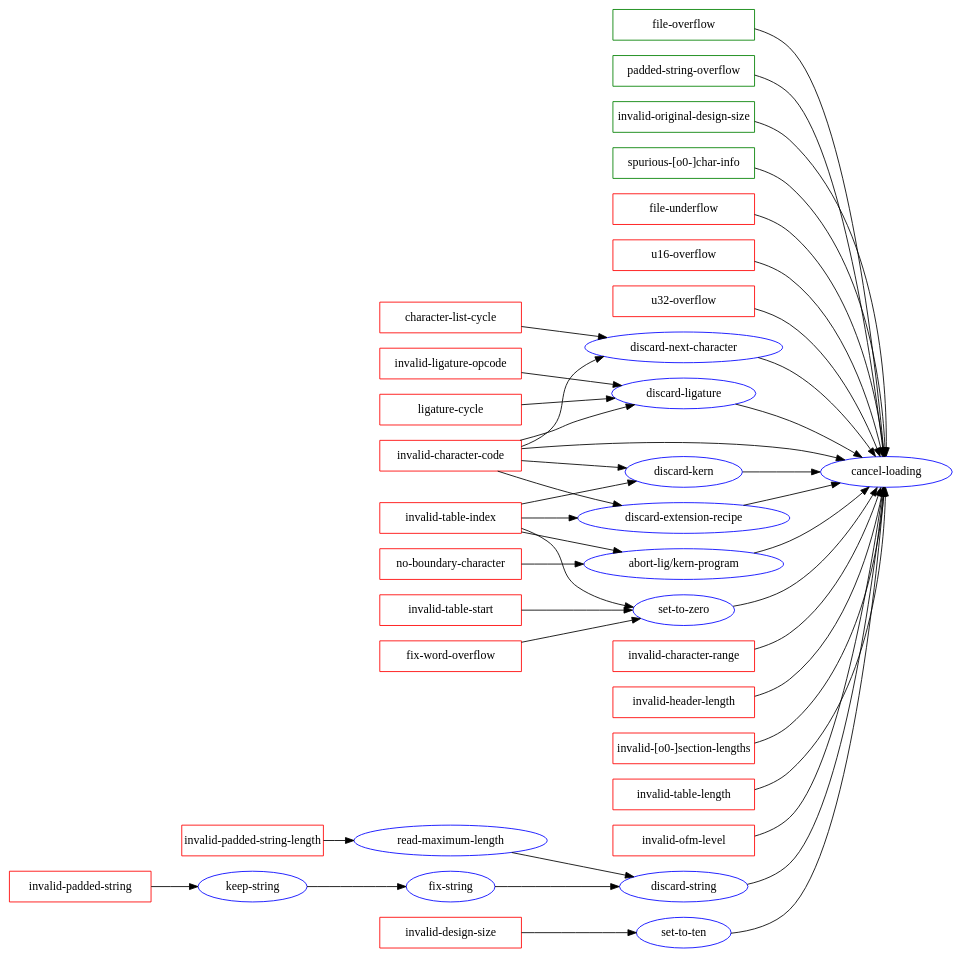
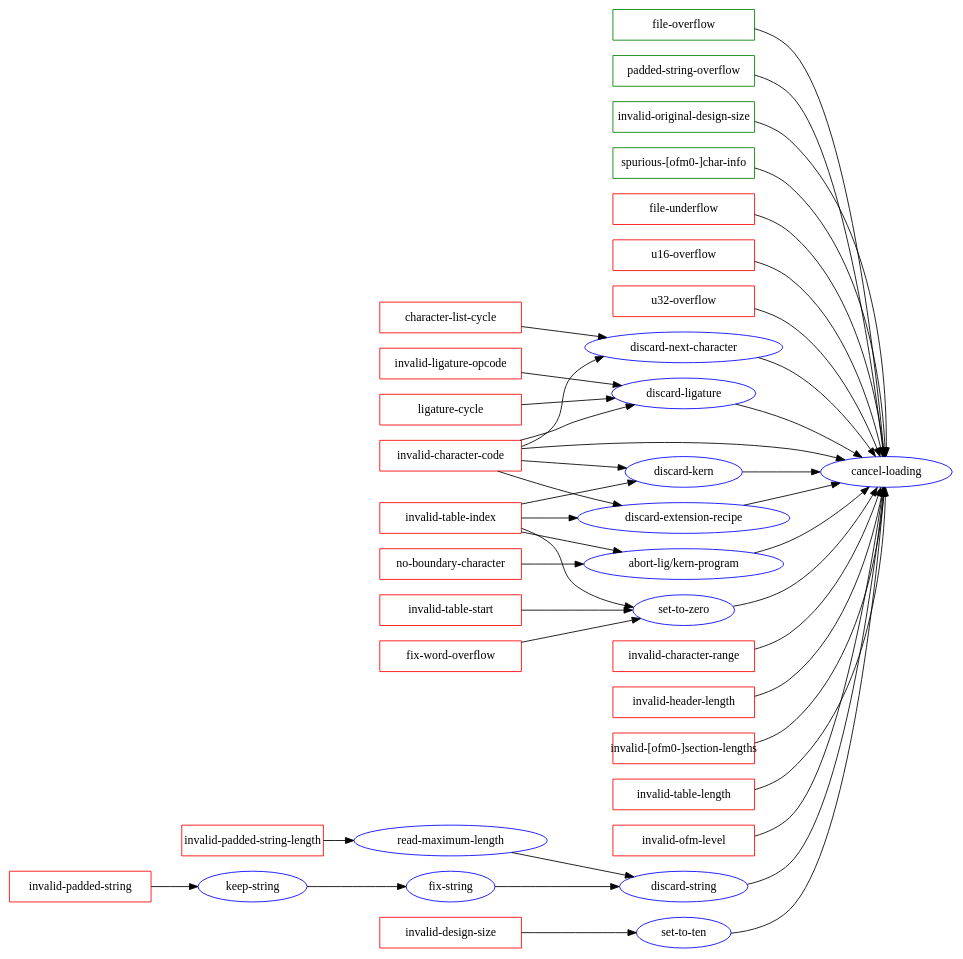
The diagram in doc/conditions.dot (didierverna/tfm), drawn with Graphviz before and after one commit. The commit also changed 4 other files, not shown here.

```diff
--- a/doc/conditions.dot
+++ b/doc/conditions.dot
@@ -1,51 +1,51 @@
 strict digraph {
   rankdir=LR;
   node [shape=ellipse color=blue]
 
 
 
   "file-overflow", "padded-string-overflow", "invalid-original-design-size",
-  "spurious-[o0-]char-info"
+  "spurious-[ofm0-]char-info"
   [shape=box color=green fixedsize=true width=2.3]
 
   "character-list-cycle", "file-underflow", "u16-overflow", "u32-overflow",
   "fix-word-overflow", "invalid-padded-string",
   "invalid-character-code", "invalid-character-range", "invalid-design-size",
   "invalid-header-length", "invalid-ligature-opcode",
-  "invalid-[o0-]section-lengths", "invalid-padded-string-length", "invalid-table-index",
+  "invalid-[ofm0-]section-lengths", "invalid-padded-string-length", "invalid-table-index",
   "invalid-table-length", "invalid-table-start", "ligature-cycle",
   "no-boundary-character",
   "invalid-ofm-level"
   [shape=box color=red fixedsize=true width=2.3]
 
   "invalid-ofm-level" -> "cancel-loading";
   "file-overflow" -> "cancel-loading";
   "invalid-original-design-size" -> "cancel-loading";
   "file-underflow" -> "cancel-loading";
   "u16-overflow" -> "cancel-loading";
   "u32-overflow" -> "cancel-loading";
   "invalid-header-length" -> "cancel-loading";
-  "invalid-[o0-]section-lengths" -> "cancel-loading";
+  "invalid-[ofm0-]section-lengths" -> "cancel-loading";
   "invalid-table-length" -> "cancel-loading";
   "invalid-character-range" -> "cancel-loading";
   "character-list-cycle" -> "discard-next-character" -> "cancel-loading";
   "fix-word-overflow" -> "set-to-zero" -> "cancel-loading";
   "invalid-padded-string" -> "keep-string" -> "fix-string" -> "discard-string" -> "cancel-loading";
   "invalid-padded-string-length" -> "read-maximum-length" -> "discard-string" -> "cancel-loading";
   "padded-string-overflow" -> "cancel-loading";
-  "spurious-[o0-]char-info" -> "cancel-loading";
+  "spurious-[ofm0-]char-info" -> "cancel-loading";
   "invalid-character-code" -> "cancel-loading";
   "invalid-character-code" -> "discard-extension-recipe" -> "cancel-loading";
   "invalid-character-code" -> "discard-kern" -> "cancel-loading";
   "invalid-character-code" -> "discard-ligature" -> "cancel-loading";
   "invalid-character-code" -> "discard-next-character" -> "cancel-loading";
   "no-boundary-character" -> "abort-lig/kern-program" -> "cancel-loading";
   "invalid-design-size" -> "set-to-ten" -> "cancel-loading";
   "invalid-ligature-opcode" -> "discard-ligature" -> "cancel-loading";
   "invalid-table-index" -> "abort-lig/kern-program" -> "cancel-loading";
   "invalid-table-index" -> "discard-extension-recipe" -> "cancel-loading";
   "invalid-table-index" -> "discard-kern" -> "cancel-loading";
   "invalid-table-index" -> "set-to-zero" -> "cancel-loading";
   "invalid-table-start" -> "set-to-zero" -> "cancel-loading";
   "ligature-cycle" -> "discard-ligature" -> "cancel-loading";
 }
```
